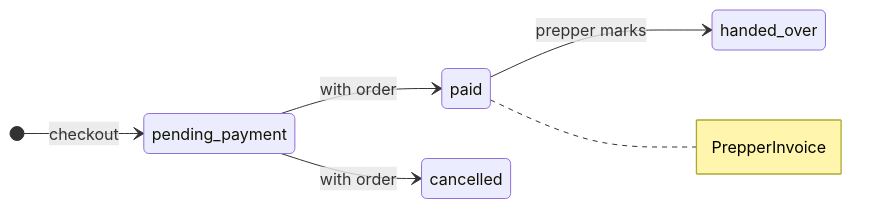
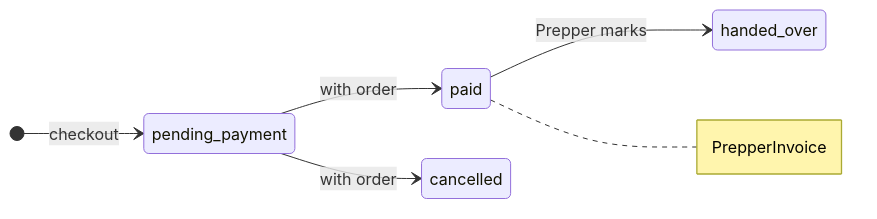
Before and after one commit to rachelwong/preppers: the fourth of 7 diagrams in docs/plan/07-status-changes.md, drawn with Mermaid. The commit also changed other lines of this file and 31 other files, not shown here.

````diff
--- a/docs/plan/07-status-changes.md
+++ b/docs/plan/07-status-changes.md
@@ -48,9 +48,9 @@
 ```mermaid
 stateDiagram-v2
   direction LR
   [*] --> pending_payment: checkout
   pending_payment --> paid: with order
   pending_payment --> cancelled: with order
-  paid --> handed_over: prepper marks
+  paid --> handed_over: Prepper marks
   note right of paid: PrepperInvoice
 ```
````
